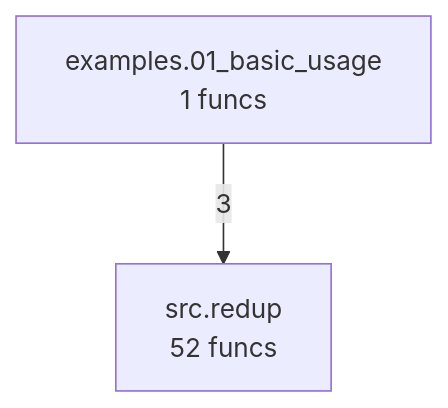
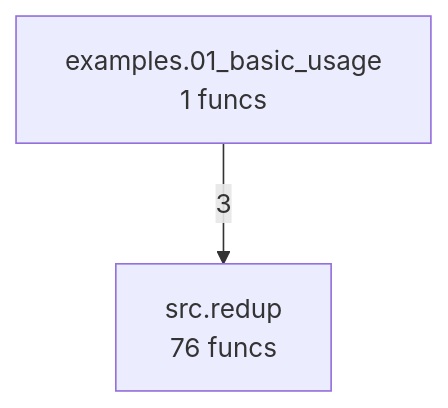
Before and after one commit to semcod/redup: the diagram in project/compact_flow.mmd, drawn with Mermaid. The commit also changed 31 other files, not shown here.

```diff
--- a/project/compact_flow.mmd
+++ b/project/compact_flow.mmd
@@ -1,4 +1,4 @@
 flowchart TD
     examples_01_basic_usage["examples.01_basic_usage<br/>1 funcs"]
-    src_redup["src.redup<br/>52 funcs"]
+    src_redup["src.redup<br/>76 funcs"]
     examples_01_basic_usage -->|3| src_redup
```
